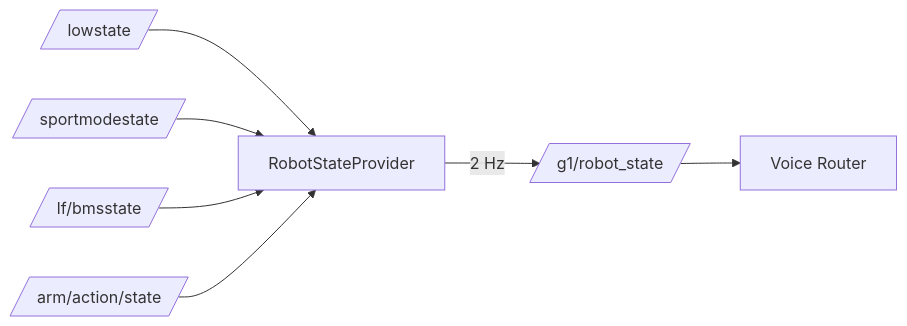
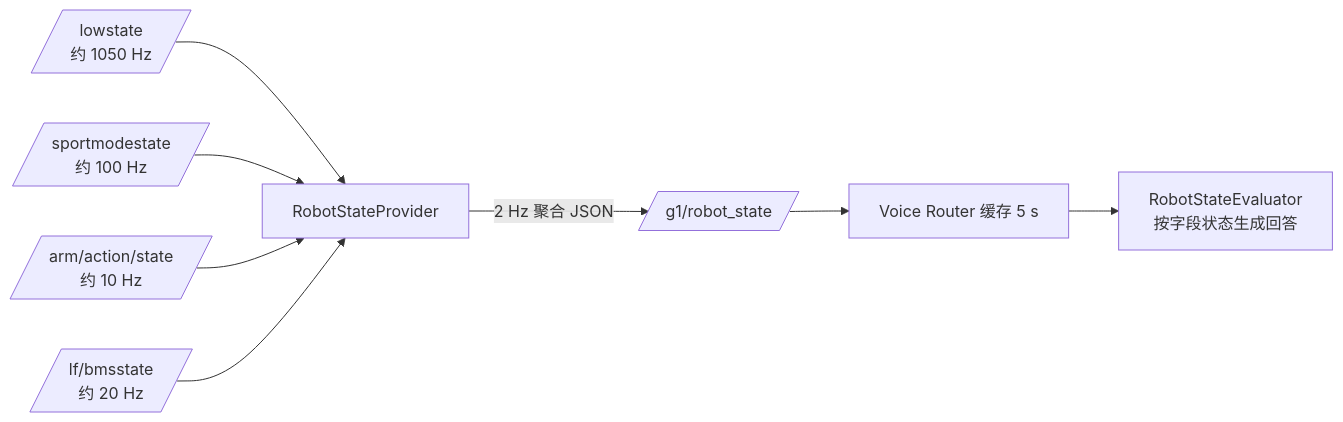
Before and after one commit to CJWDDHCSJ/g1_dev: the third of 7 diagrams in releases/G1-EDU-Smart-Reception-V1.0/README.md, drawn with Mermaid. The commit also changed other lines of this file and 51 other files, not shown here.

````diff
--- a/releases/G1-EDU-Smart-Reception-V1.0/README.md
+++ b/releases/G1-EDU-Smart-Reception-V1.0/README.md
@@ -174,9 +209,10 @@
 ```mermaid
 flowchart LR
-    L[/lowstate/] --> P[RobotStateProvider]
-    S[/sportmodestate/] --> P
-    B[/lf/bmsstate/] --> P
-    A[/arm/action/state/] --> P
-    P -->|2 Hz| J[/g1/robot_state/]
-    J --> R[Voice Router]
+    LS[/lowstate<br/>约 1050 Hz/] --> P[RobotStateProvider]
+    SM[/sportmodestate<br/>约 100 Hz/] --> P
+    AR[/arm/action/state<br/>约 10 Hz/] --> P
+    BM[/lf/bmsstate<br/>约 20 Hz/] --> P
+    P -->|2 Hz 聚合 JSON| RS[/g1/robot_state/]
+    RS --> VR[Voice Router 缓存 5 s]
+    VR --> ANS[RobotStateEvaluator<br/>按字段状态生成回答]
 ```
````
